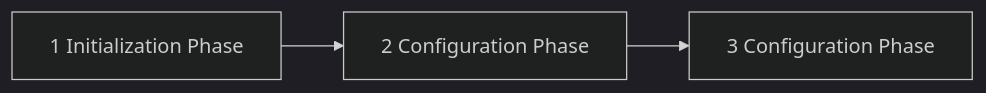
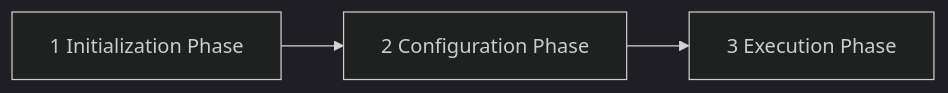
Before and after one commit to giwankim/til: the second of 4 diagrams in build-tool/gradle/authoring-builds.md, drawn with Mermaid (dark theme). The commit also changed other lines of this file and 50 other files, not shown here.

````diff
--- a/build-tool/gradle/authoring-builds.md
+++ b/build-tool/gradle/authoring-builds.md
@@ -186,4 +186,4 @@
 ```mermaid
 flowchart LR
-  Initialization["1 Initialization Phase"] --> Configuration[2 Configuration Phase] --> Execution[3 Configuration Phase]
+  Initialization["1 Initialization Phase"] --> Configuration[2 Configuration Phase] --> Execution[3 Execution Phase]
 ```
````
